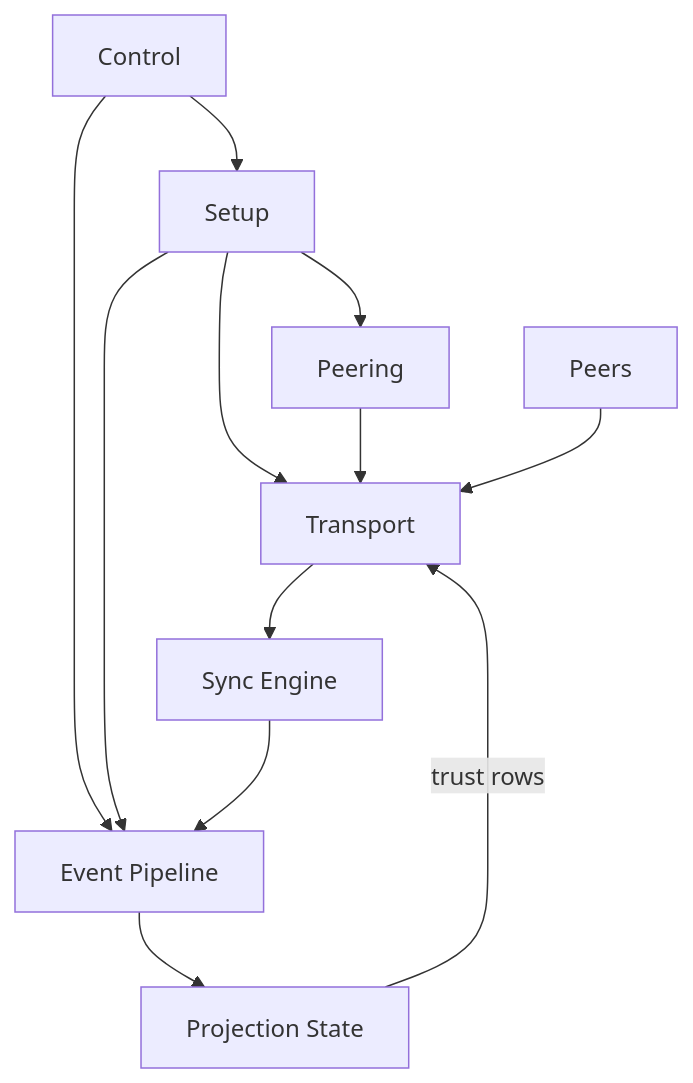
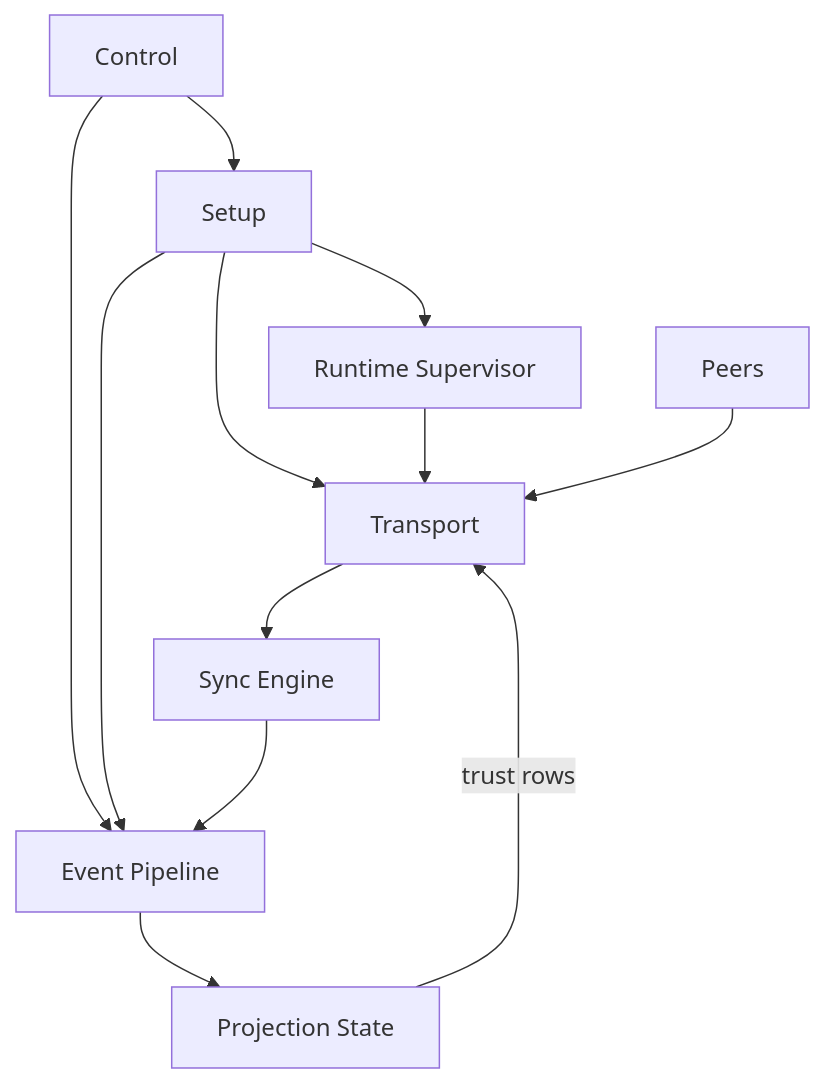
Before and after one commit to holmesworcester/topo: the fourth of 5 diagrams in docs/CURRENT_RUNTIME_DIAGRAM.md, drawn with Mermaid. The commit also changed other lines of this file, not shown here.

Commit message:
Simplify runtime diagrams around supervisor-owned flow

````diff
--- a/docs/CURRENT_RUNTIME_DIAGRAM.md
+++ b/docs/CURRENT_RUNTIME_DIAGRAM.md
@@ -95,24 +95,24 @@
 ```mermaid
 %%{init: {"flowchart": {"wrappingWidth": 320}} }%%
 flowchart TD
     CTRL["Control"]
     BOOT["Setup"]
-    ORCH["Peering"]
+    RSUP["Runtime Supervisor"]
     TRANS["Transport"]
     SYNC["Sync Engine"]
     PIPE["Event Pipeline"]
     PSTATE["Projection State"]
     PEERS["Peers"]
 
     CTRL --> BOOT
     CTRL --> PIPE
-    BOOT --> ORCH
+    BOOT --> RSUP
     BOOT --> TRANS
     BOOT --> PIPE
-    ORCH --> TRANS
+    RSUP --> TRANS
     PEERS --> TRANS
     TRANS --> SYNC
     SYNC --> PIPE
     PIPE --> PSTATE
     PSTATE -->|trust rows| TRANS
 ```
````
